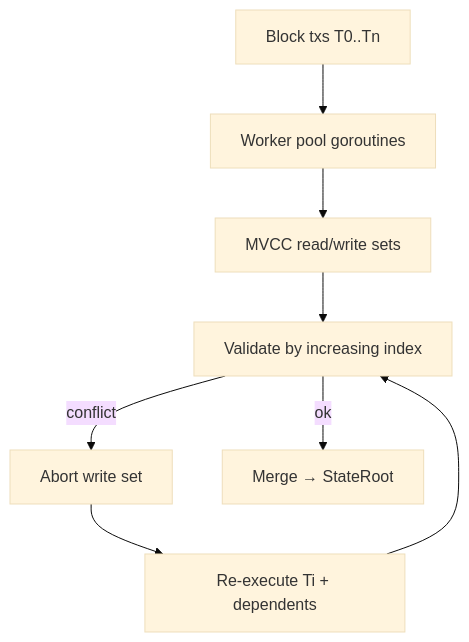
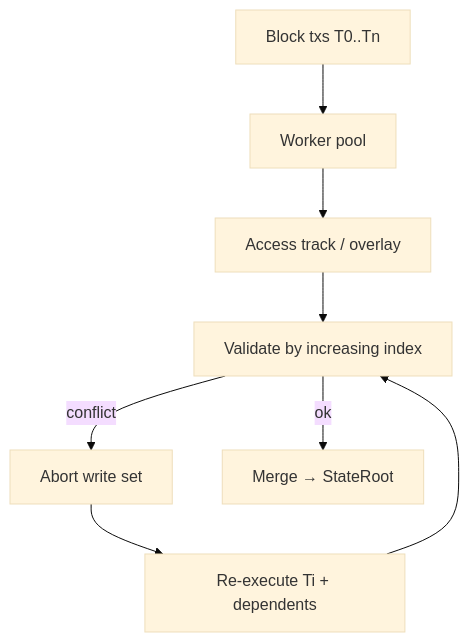
Before and after one commit to dewnetwork/dew: the diagram in docs/execution/parallel-execution.md, drawn with Mermaid (base theme). The commit also changed other lines of this file and 13 other files, not shown here.

````diff
--- a/docs/execution/parallel-execution.md
+++ b/docs/execution/parallel-execution.md
@@ -27,10 +26,10 @@
 ```mermaid
 flowchart TD
-  T[Block txs T0..Tn] --> W[Worker pool goroutines]
-  W --> MVCC[MVCC read/write sets]
+  T[Block txs T0..Tn] --> W[Worker pool]
+  W --> MVCC[Access track / overlay]
   MVCC --> V[Validate by increasing index]
   V -->|conflict| A[Abort write set]
   A --> R[Re-execute Ti + dependents]
   R --> V
   V -->|ok| M[Merge → StateRoot]
 ```
````
